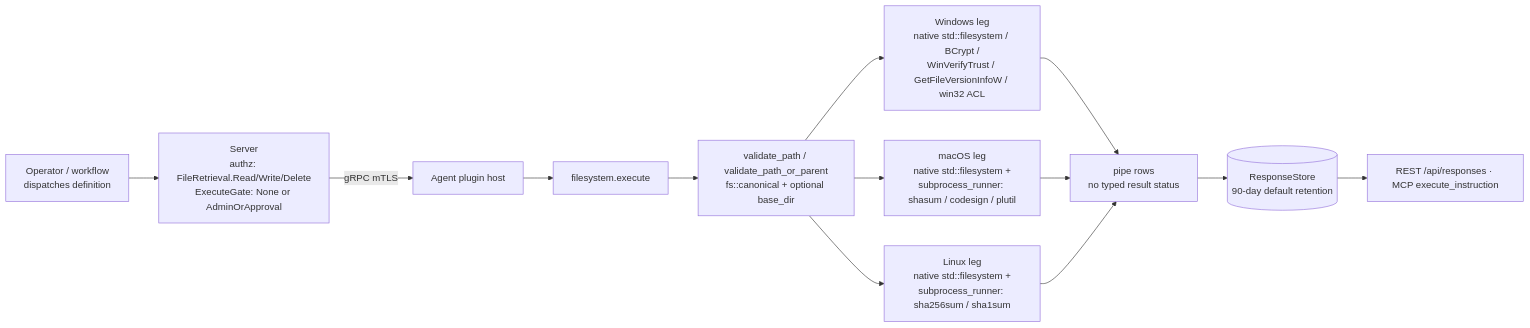
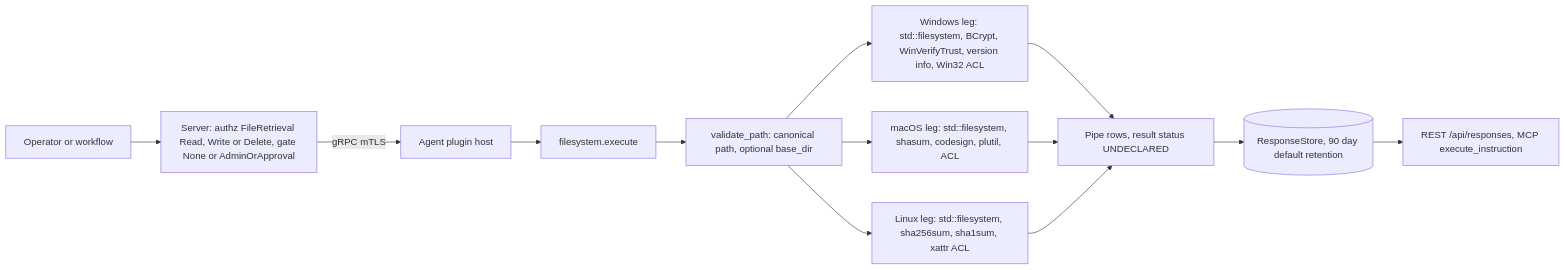
The first of 3 diagrams in agents/plugins/filesystem/README.md (DevNullLtd/Yuzu), drawn with Mermaid before and after one commit. The commit also changed other lines of this file and 5 other files, not shown here.

````diff
--- a/agents/plugins/filesystem/README.md
+++ b/agents/plugins/filesystem/README.md
@@ -23,12 +29,13 @@
 ```mermaid
 flowchart LR
-  OP[Operator / workflow<br/>dispatches definition] --> SRV[Server<br/>authz: FileRetrieval.Read/Write/Delete<br/>ExecuteGate: None or AdminOrApproval]
-  SRV -- gRPC mTLS --> HOST[Agent plugin host] --> EX[filesystem.execute]
-  EX --> VAL[validate_path / validate_path_or_parent<br/>fs::canonical + optional base_dir]
-  VAL --> WIN[Windows leg<br/>native std::filesystem / BCrypt /<br/>WinVerifyTrust / GetFileVersionInfoW / win32 ACL]
-  VAL --> MAC[macOS leg<br/>native std::filesystem +<br/>subprocess_runner: shasum / codesign / plutil]
-  VAL --> LIN[Linux leg<br/>native std::filesystem +<br/>subprocess_runner: sha256sum / sha1sum]
-  WIN & MAC & LIN --> ROWS[pipe rows<br/>no typed result status]
-  ROWS --> RS[(ResponseStore<br/>90-day default retention)]
-  RS --> API[REST /api/responses · MCP execute_instruction]
+  OP["Operator or workflow"] --> SRV["Server: authz FileRetrieval Read, Write or Delete, gate None or AdminOrApproval"]
+  SRV -- "gRPC mTLS" --> HOST["Agent plugin host"] --> EX["filesystem.execute"]
+  EX --> VAL["validate_path: canonical path, optional base_dir"]
+  VAL --> WIN["Windows leg: std::filesystem, BCrypt, WinVerifyTrust, version info, Win32 ACL"]
+  VAL --> MAC["macOS leg: std::filesystem, shasum, codesign, plutil, ACL"]
+  VAL --> LIN["Linux leg: std::filesystem, sha256sum, sha1sum, xattr ACL"]
+  WIN --> ROWS["Pipe rows, result status UNDECLARED"]
+  MAC --> ROWS
+  LIN --> ROWS
+  ROWS --> RS[("ResponseStore, 90 day default retention")] --> API["REST /api/responses, MCP execute_instruction"]
 ```
````
